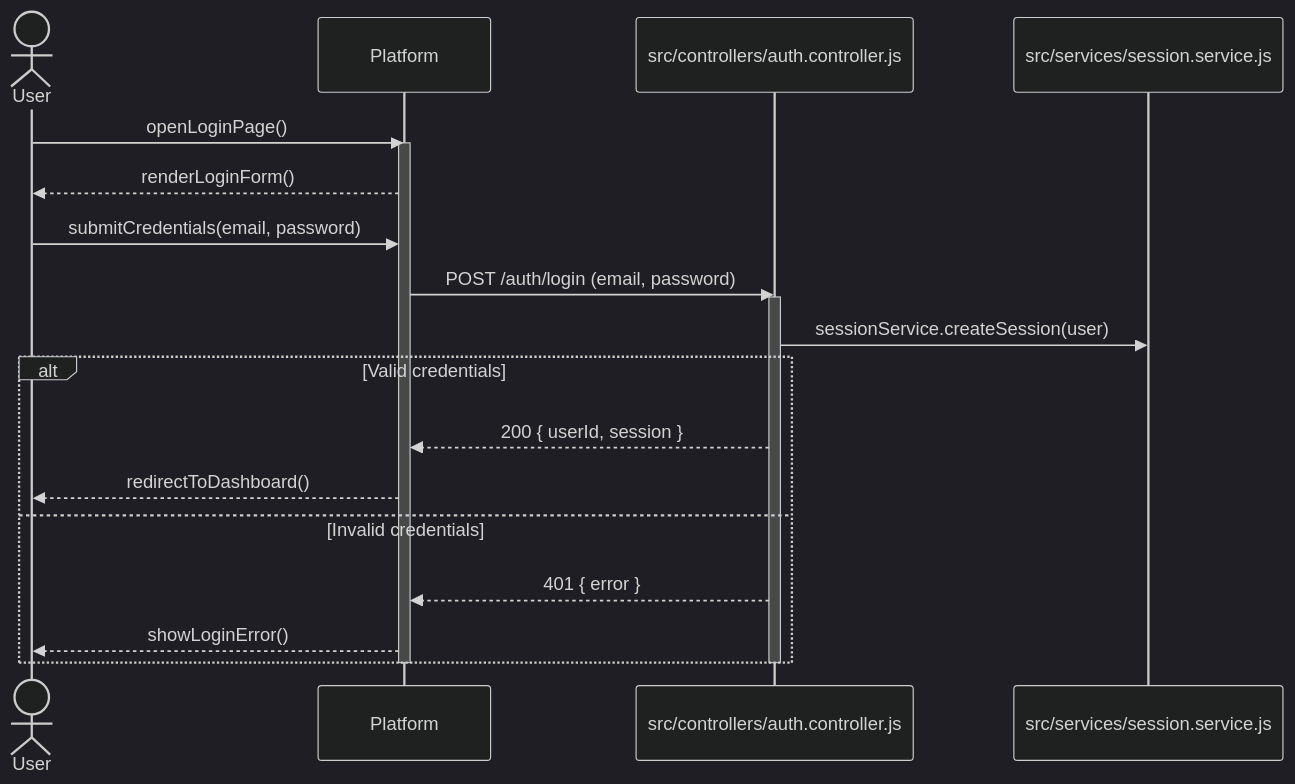
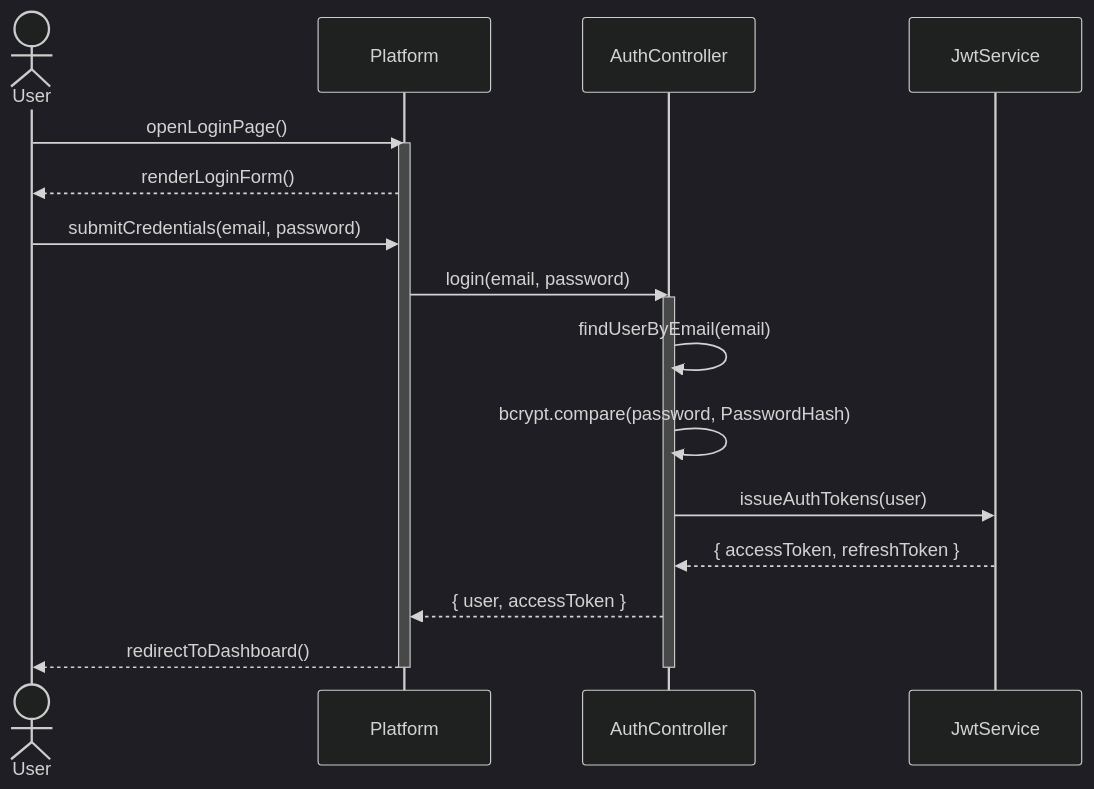
One commit to NovaLogic-Systems/gestArtes-docs changed the first of 20 diagrams in diagrams/Sequence Diagram/sequencediagram.md. Above: the diagram before and after it, drawn with Mermaid (dark theme). The commit also changed other lines of this file, not shown here.

Commit message:
Refactor sequence diagrams for user authentication, coaching session requests, and admin management

````diff
--- a/diagrams/Sequence Diagram/sequencediagram.md
+++ b/diagrams/Sequence Diagram/sequencediagram.md
@@ -3,24 +3,22 @@
 ```mermaid
 sequenceDiagram
     actor User
-    participant Frontend as Platform
-    participant AuthController as src/controllers/auth.controller.js
-    participant SessionService as src/services/session.service.js
+    participant Platform as Platform
+    participant AuthController as AuthController
+    participant JwtService as JwtService
 
-    User->>Frontend: openLoginPage()
-    activate Frontend
-    Frontend-->>User: renderLoginForm()
-    User->>Frontend: submitCredentials(email, password)
-    Frontend->>AuthController: POST /auth/login (email, password)
+    User->>Platform: openLoginPage()
+    activate Platform
+    Platform-->>User: renderLoginForm()
+    User->>Platform: submitCredentials(email, password)
+    Platform->>AuthController: login(email, password)
     activate AuthController
-    AuthController->>SessionService: sessionService.createSession(user)
-    alt Valid credentials
-        AuthController-->>Frontend: 200 { userId, session }
-        Frontend-->>User: redirectToDashboard()
-    else Invalid credentials
-        AuthController-->>Frontend: 401 { error }
-        Frontend-->>User: showLoginError()
-    end
+    AuthController->>AuthController: findUserByEmail(email)
+    AuthController->>AuthController: bcrypt.compare(password, PasswordHash)
+    AuthController->>JwtService: issueAuthTokens(user)
+    JwtService-->>AuthController: { accessToken, refreshToken }
+    AuthController-->>Platform: { user, accessToken }
+    Platform-->>User: redirectToDashboard()
     deactivate AuthController
-    deactivate Frontend
+    deactivate Platform
 ```
````
